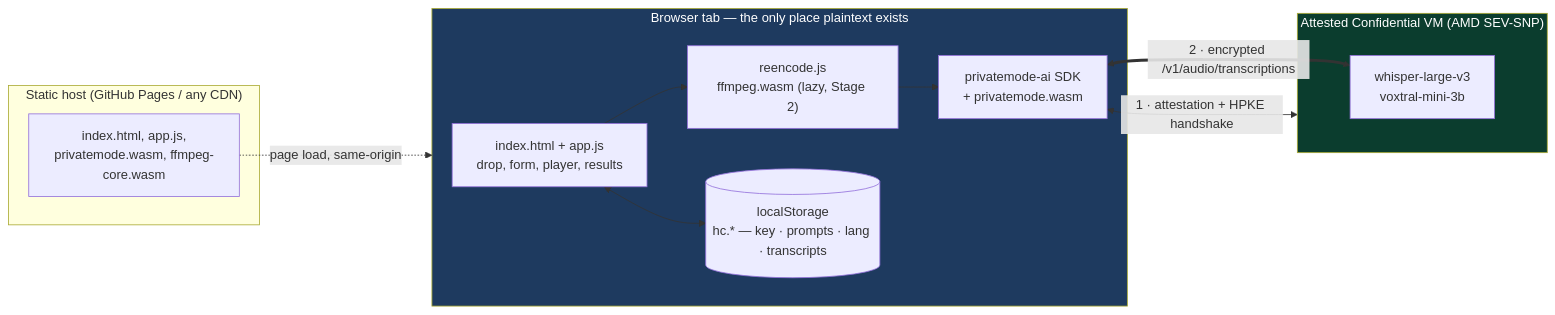
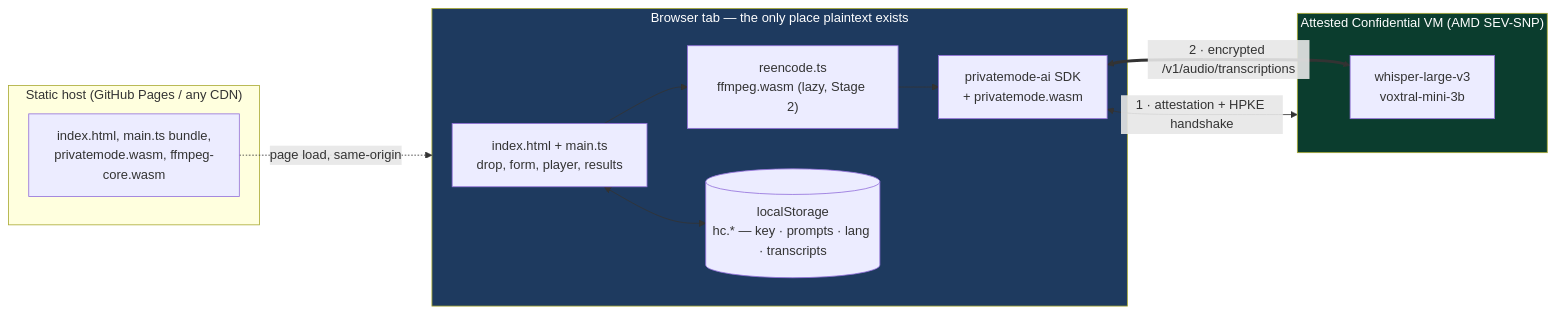
One commit to dhcgn/hushscribe changed the first of 2 diagrams in ARCHITECTURE.md. Above: the diagram before and after it, drawn with Mermaid. The commit also changed other lines of this file and 59 other files, not shown here.

````diff
--- a/ARCHITECTURE.md
+++ b/ARCHITECTURE.md
@@ -121,26 +121,26 @@
 ```mermaid
 flowchart LR
     subgraph browser["Browser tab — the only place plaintext exists"]
-        UI["index.html + app.js<br/>drop, form, player, results"]
-        RE["reencode.js<br/>ffmpeg.wasm (lazy, Stage 2)"]
+        UI["index.html + main.ts<br/>drop, form, player, results"]
+        RE["reencode.ts<br/>ffmpeg.wasm (lazy, Stage 2)"]
         SDK["privatemode-ai SDK<br/>+ privatemode.wasm"]
         LS[("localStorage<br/>hc.* — key · prompts · lang · transcripts")]
         UI --> RE --> SDK
         UI <--> LS
     end
 
     subgraph static["Static host (GitHub Pages / any CDN)"]
-        FILES["index.html, app.js,<br/>privatemode.wasm, ffmpeg-core.wasm"]
+        FILES["index.html, main.ts bundle,<br/>privatemode.wasm, ffmpeg-core.wasm"]
     end
 
     subgraph tee["Attested Confidential VM (AMD SEV-SNP)"]
         W["whisper-large-v3<br/>voxtral-mini-3b"]
     end
 
     FILES -.->|"page load, same-origin"| browser
     SDK <-->|"1 · attestation + HPKE handshake"| tee
     SDK <==>|"2 · encrypted /v1/audio/transcriptions"| W
 
     style tee fill:#0b3d2e,color:#fff
     style browser fill:#1e3a5f,color:#fff
 ```
````
